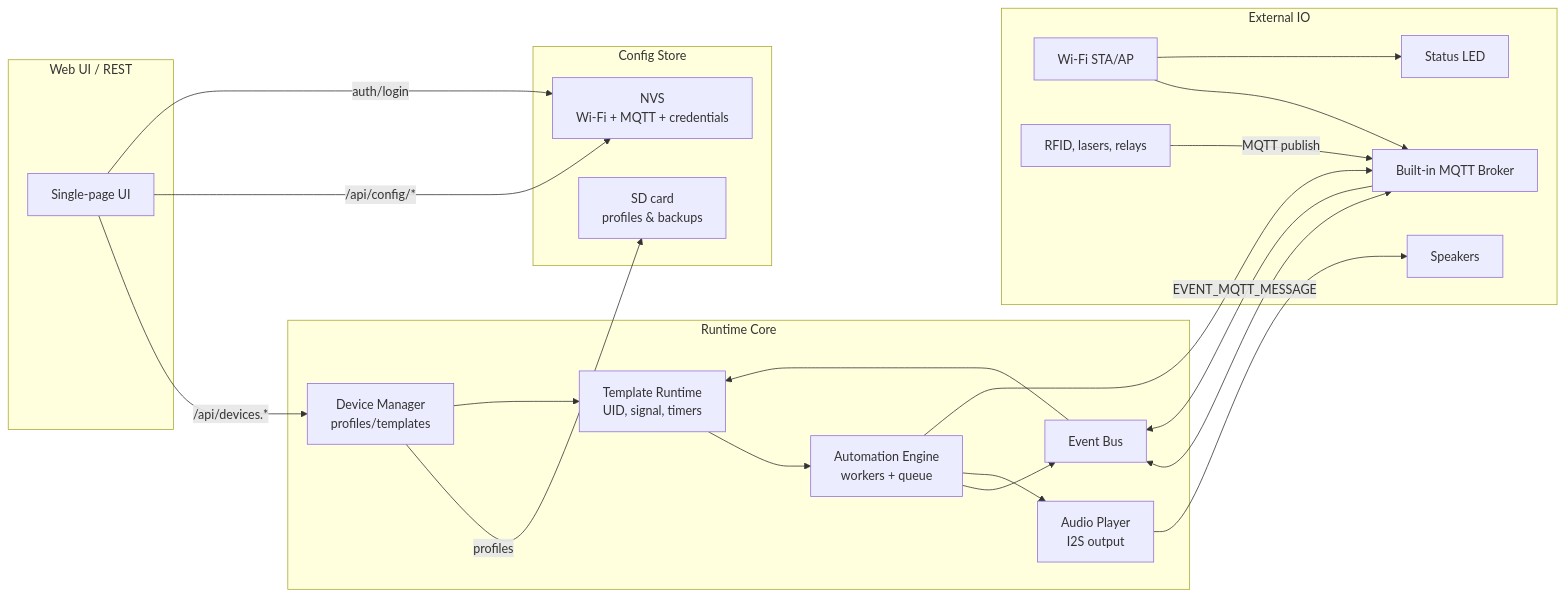
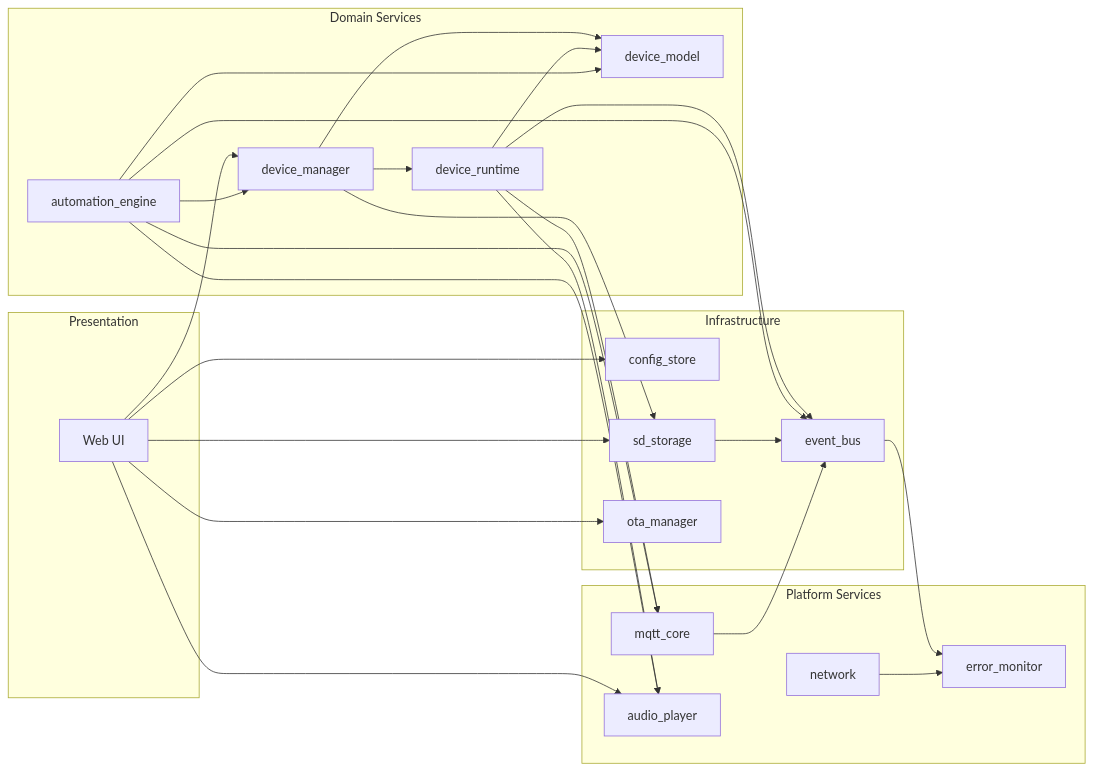
Before and after one commit to racalcity-maker/broker_esp32s3: the diagram in docs/ARCHITECTURE.md, drawn with Mermaid. The commit also changed other lines of this file and 123 other files, not shown here.

````diff
--- a/docs/ARCHITECTURE.md
+++ b/docs/ARCHITECTURE.md
@@ -13,41 +75,53 @@
 ```mermaid
 flowchart LR
-    subgraph Web[Web UI / REST]
-        UI[Single-page UI]
+    subgraph UI[Presentation]
+        WEB[Web UI]
     end
 
-    subgraph Config[Config Store]
-        NVS[NVS<br/>Wi-Fi + MQTT + credentials]
-        SD[SD card<br/>profiles & backups]
+    subgraph Infra[Infrastructure]
+        NVS[config_store]
+        BUS[event_bus]
+        SD[sd_storage]
+        OTA[ota_manager]
     end
 
-    subgraph Core[Runtime Core]
-        DM[Device Manager<br/>profiles/templates]
-        TR[Template Runtime<br/>UID, signal, timers]
-        AE[Automation Engine<br/>workers + queue]
-        AP[Audio Player<br/>I2S output]
-        EB[Event Bus]
+    subgraph Domain[Domain Services]
+        DM[device_manager]
+        DR[device_runtime]
+        AE[automation_engine]
+        MODEL[device_model]
     end
 
-    subgraph IO[External IO]
-        MQTT[Built-in MQTT Broker]
-        WiFi[Wi-Fi STA/AP]
-        HW[RFID, lasers, relays]
-        Audio[Speakers]
-        LED[Status LED]
+    subgraph Platform[Platform Services]
+        NET[network]
+        MQTT[mqtt_core]
+        AUDIO[audio_player]
+        ERR[error_monitor]
     end
 
-    UI -->|/api/devices.*| DM
-    UI -->|/api/config/*| NVS
-    UI -->|auth/login| NVS
-    DM -->|profiles| SD
-    DM --> TR --> AE --> EB
-    AE --> AP --> Audio
+    WEB --> DM
+    WEB --> NVS
+    WEB --> AUDIO
+    WEB --> OTA
+    WEB --> SD
+
+    DM --> SD
+    DM --> DR
+    DM --> MODEL
+
+    DR --> MODEL
+    DR --> MQTT
+    DR --> AUDIO
+    DR --> BUS
+
+    AE --> DM
+    AE --> MODEL
     AE --> MQTT
-    EB <--> MQTT
-    WiFi --> MQTT
-    HW -->|MQTT publish| MQTT
-    MQTT -->|EVENT_MQTT_MESSAGE| EB
-    EB --> TR
-    WiFi --> LED
+    AE --> AUDIO
+    AE --> BUS
+
+    MQTT --> BUS
+    SD --> BUS
+    BUS --> ERR
+    NET --> ERR
 ```
````
